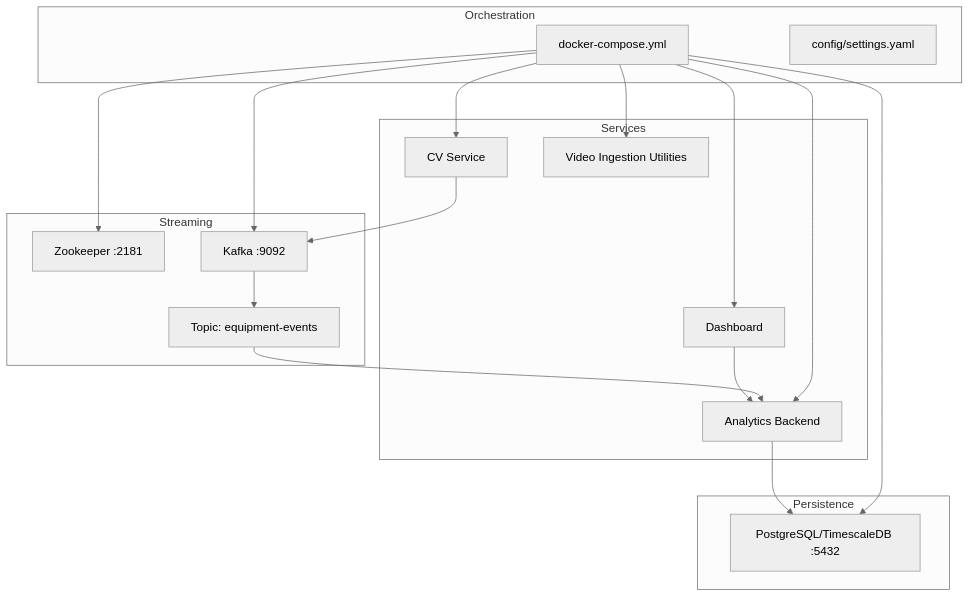
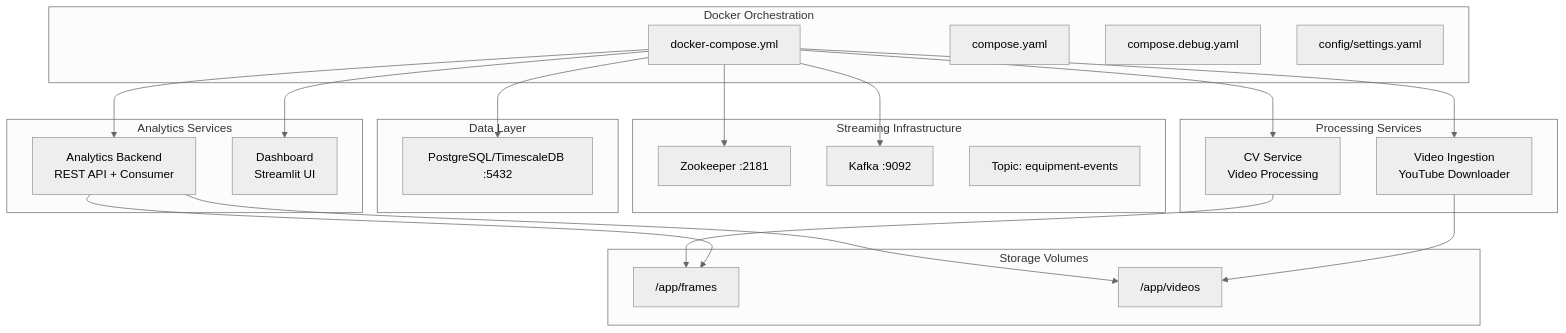
Before and after one commit to Azzoz-189/construction-equipment-monitoring: the first of 7 diagrams in .qoder/repowiki/en/content/Microservices Architecture/Microservices Architecture.md, drawn with Mermaid (neutral theme). The commit also changed other lines of this file and 6 other files, not shown here.

````diff
--- a/.qoder/repowiki/en/content/Microservices Architecture/Microservices Architecture.md
+++ b/.qoder/repowiki/en/content/Microservices Architecture/Microservices Architecture.md
@@ -47,33 +57,40 @@
 ```mermaid
 graph TB
-subgraph "Orchestration"
+subgraph "Docker Orchestration"
 DC["docker-compose.yml"]
+CD["compose.yaml"]
+CG["compose.debug.yaml"]
 CFG["config/settings.yaml"]
 end
-subgraph "Streaming"
+subgraph "Streaming Infrastructure"
 ZK["Zookeeper :2181"]
 KB["Kafka :9092"]
 TOPIC["Topic: equipment-events"]
 end
-subgraph "Persistence"
+subgraph "Data Layer"
 PG["PostgreSQL/TimescaleDB :5432"]
 end
-subgraph "Services"
-CV["CV Service"]
-AB["Analytics Backend"]
-DASH["Dashboard"]
-VID["Video Ingestion Utilities"]
+subgraph "Processing Services"
+CV["CV Service<br/>Video Processing"]
+VID["Video Ingestion<br/>YouTube Downloader"]
+end
+subgraph "Analytics Services"
+AB["Analytics Backend<br/>REST API + Consumer"]
+DASH["Dashboard<br/>Streamlit UI"]
+end
+subgraph "Storage Volumes"
+FRAMES["/app/frames"]
+VIDEOS["/app/videos"]
 end
 DC --> ZK
 DC --> KB
 DC --> PG
 DC --> CV
 DC --> AB
 DC --> DASH
 DC --> VID
-CV --> KB
-KB --> TOPIC
-TOPIC --> AB
-AB --> PG
-DASH --> AB
+CV --> FRAMES
+AB --> FRAMES
+AB --> VIDEOS
+VID --> VIDEOS
 ```
````
